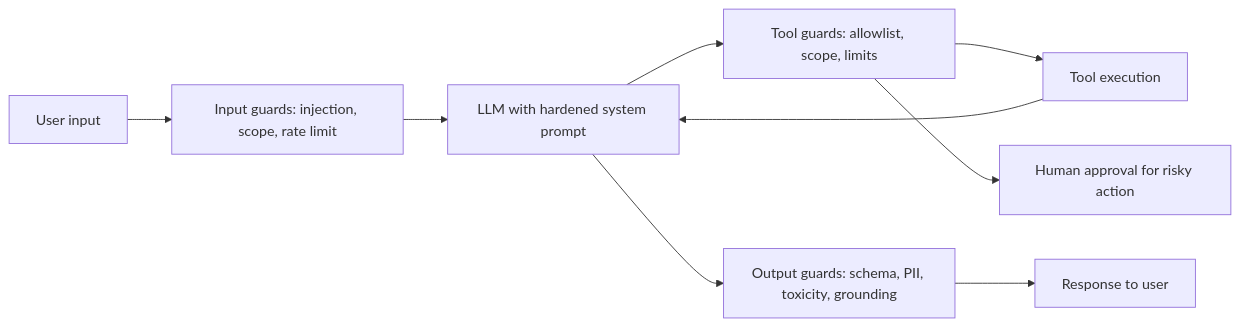
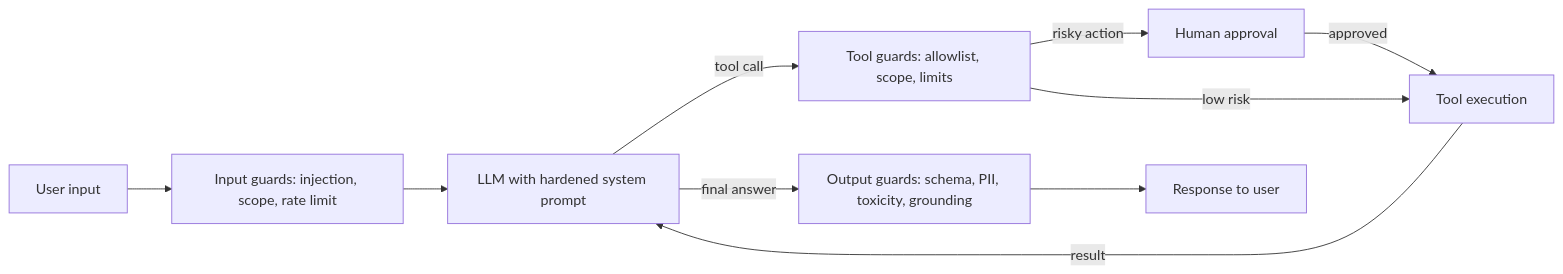
The second of 10 diagrams in content/11-agentic/08-guardrails.md (flow6979/viewinter), drawn with Mermaid before and after one commit. The commit also changed other lines of this file and 26 other files, not shown here.

First line of the commit message:
Agentic AI: rewrite all 13 pages to explain from scratch; animate diagrams on every article

````diff
--- a/content/11-agentic/08-guardrails.md
+++ b/content/11-agentic/08-guardrails.md
@@ -17,11 +54,12 @@
 ```mermaid
 flowchart LR
     U["User input"] --> IG["Input guards: injection, scope, rate limit"]
     IG --> M["LLM with hardened system prompt"]
-    M --> TG["Tool guards: allowlist, scope, limits"]
-    TG --> T["Tool execution"]
-    T --> M
-    M --> OG["Output guards: schema, PII, toxicity, grounding"]
+    M -->|tool call| TG["Tool guards: allowlist, scope, limits"]
+    TG -->|risky action| H["Human approval"]
+    H -->|approved| T["Tool execution"]
+    TG -->|low risk| T
+    T -->|result| M
+    M -->|final answer| OG["Output guards: schema, PII, toxicity, grounding"]
     OG --> R["Response to user"]
-    TG --> H["Human approval for risky action"]
 ```
````
